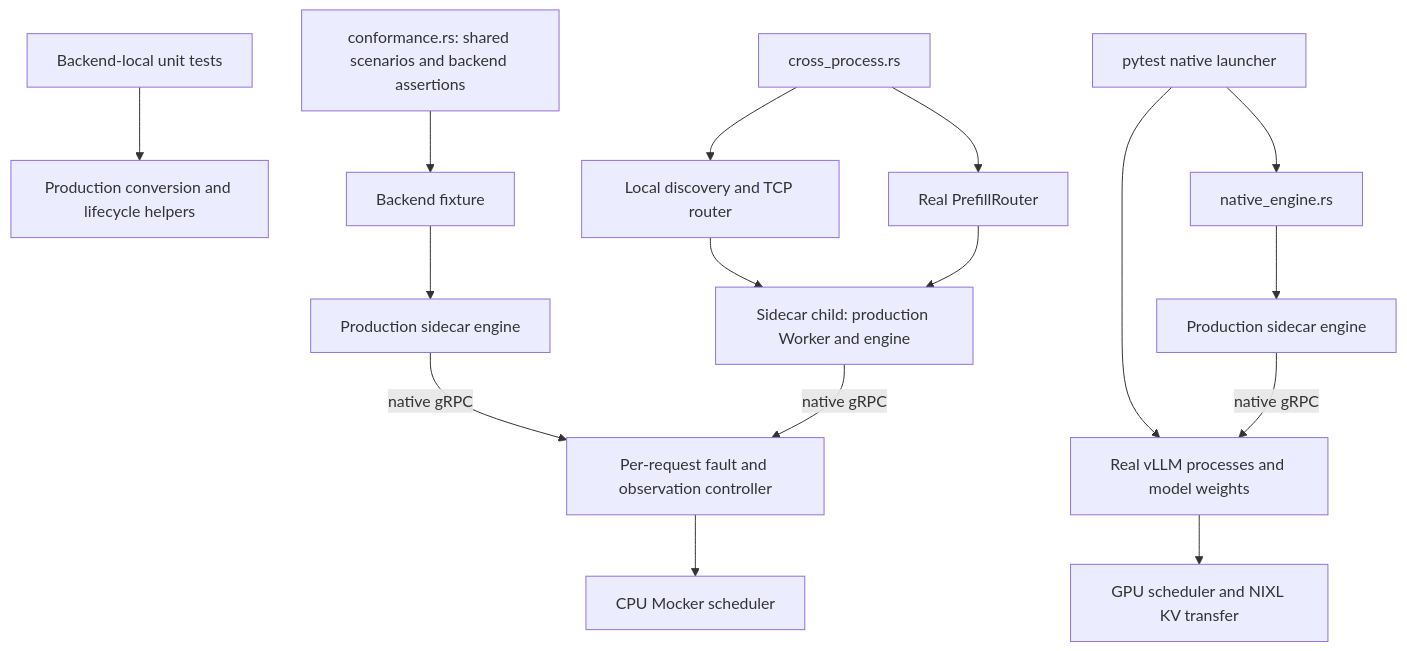
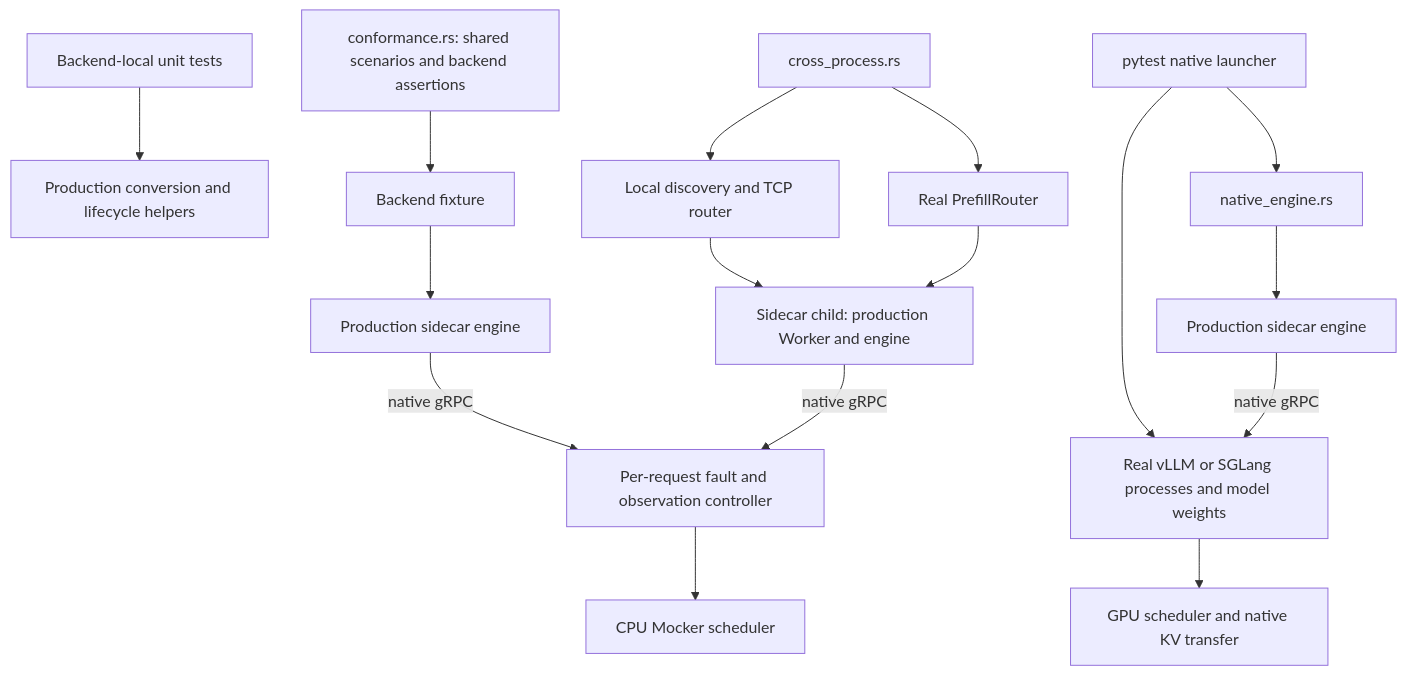
One commit to cipheraxat/dynamo changed the diagram in lib/sidecar/testkit/README.md. Above: the diagram before and after it, drawn with Mermaid. The commit also changed other lines of this file and 12 other files, not shown here.

````diff
--- a/lib/sidecar/testkit/README.md
+++ b/lib/sidecar/testkit/README.md
@@ -107,18 +107,18 @@
 ```mermaid
 flowchart TD
     U[Backend-local unit tests] --> C[Production conversion and lifecycle helpers]
     W[conformance.rs: shared scenarios and backend assertions] --> F[Backend fixture]
     F --> E[Production sidecar engine]
     E -->|native gRPC| G[Per-request fault and observation controller]
     G --> M[CPU Mocker scheduler]
     P[cross_process.rs] --> D[Local discovery and TCP router]
     D --> B[Sidecar child: production Worker and engine]
     B -->|native gRPC| G
     P --> R[Real PrefillRouter]
     R --> B
     N[pytest native launcher] --> T[native_engine.rs]
-    N --> V[Real vLLM processes and model weights]
+    N --> V[Real vLLM or SGLang processes and model weights]
     T --> E2[Production sidecar engine]
     E2 -->|native gRPC| V
-    V --> K[GPU scheduler and NIXL KV transfer]
+    V --> K[GPU scheduler and native KV transfer]
 ```
````
